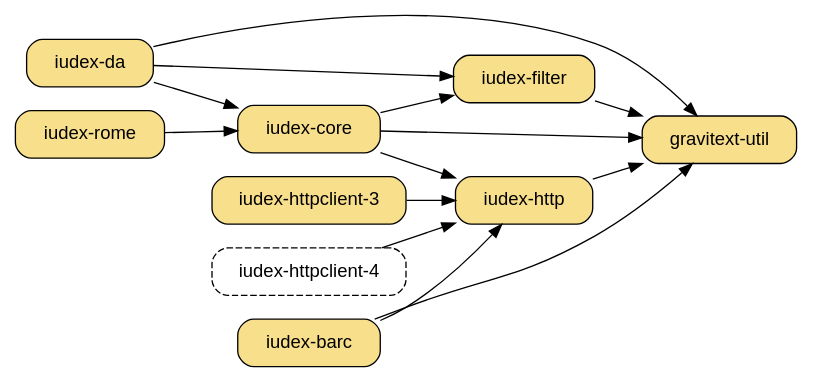
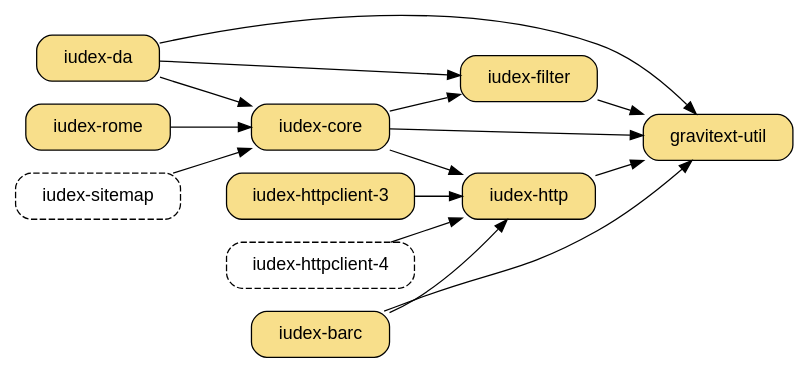
One commit to dekellum/iudex changed the diagram in www/_dot/iudex.dot. Above: the diagram before and after it, drawn with Graphviz. The commit also changed 2 other files, not shown here.

```diff
--- a/www/_dot/iudex.dot
+++ b/www/_dot/iudex.dot
@@ -1,47 +1,50 @@
 digraph "iudex-gems" {
   rankdir=LR
   size="5.5,5";
   bgcolor="transparent";
   node [ shape=box, style="filled,rounded", fillcolor="#f8df8b",
          fontname="Arial",  margin="0.30,0.1" ];
 
   "iudex-filter" -> "gravitext-util"
   "iudex-da"     -> "gravitext-util"
   "iudex-da"     [ target=_parent, URL="../iudex-da.html" ];
   "iudex-da"     -> "iudex-filter"
   "iudex-da"     -> "iudex-core"
 
   "iudex-core"   -> "gravitext-util"
   "iudex-core"   -> "iudex-filter"
   "iudex-core"   -> "iudex-http"
 
   "iudex-rome"   -> "iudex-core"
 
+  "iudex-sitemap" [ style="rounded,dashed" ]
+  "iudex-sitemap" -> "iudex-core"
+
   "iudex-barc"   -> "gravitext-util"
   "iudex-barc"   -> "iudex-http"
 
   "iudex-http"   -> "gravitext-util"
 
   "iudex-httpclient-3" -> "iudex-http"
 
   "iudex-httpclient-4" [ style="rounded,dashed" ]
   "iudex-httpclient-4" -> "iudex-http"
 
 #  "iudex-filter" -> "rjack-slf4j"
 #  "iudex-filter" -> "rjack-logback"
-#  "iudex-http" -> "rjack-slf4j"
-#  "iudex-barc" -> "rjack-slf4j"
-#  "iudex-core" -> "rjack-slf4j"
-#  "iudex-core" -> "rjack-logback"
-#  "iudex-da" -> "rjack-slf4j"
+#  "iudex-http"   -> "rjack-slf4j"
+#  "iudex-barc"   -> "rjack-slf4j"
+#  "iudex-core"   -> "rjack-slf4j"
+#  "iudex-core"   -> "rjack-logback"
+#  "iudex-da"     -> "rjack-slf4j"
 
 #  "rjack-httpclient" -> "rjack-commons-codec";
 #  "rjack-httpclient" -> "rjack-logback" [ style=dashed, label="dev" ];
 #  "rjack-httpclient" -> "rjack-slf4j";
 
 #  "rjack-slf4j"   [ group=log ];
 #  "rjack-logback" [ group=log ];
 #  "rjack-logback" -> "rjack-slf4j";
 #  "rjack-commons-codec"   [ group=commons ];
 
 }
```
